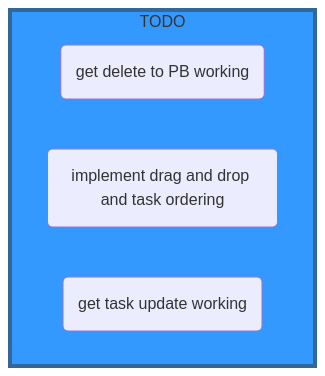
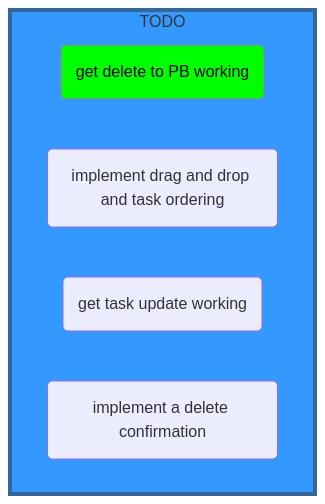
One commit to mikepeiman/LifeOS changed the second of 2 diagrams in src/lib/project-chart.md. Above: the diagram before and after it, drawn with Mermaid. The commit also changed 5 other files, not shown here.

````diff
--- a/src/lib/project-chart.md
+++ b/src/lib/project-chart.md
@@ -38,10 +38,12 @@
 ```mermaid
 graph 
     style TODO fill:#39f,stroke:#369,stroke-width:4px
     subgraph TODO
         1("get delete to PB working")
+        1b("implement a delete confirmation")
         2("implement drag and drop and task ordering")
         3("get task update working")
     end
+    style 1 fill:#0f0,color:black
 
 ```
````
